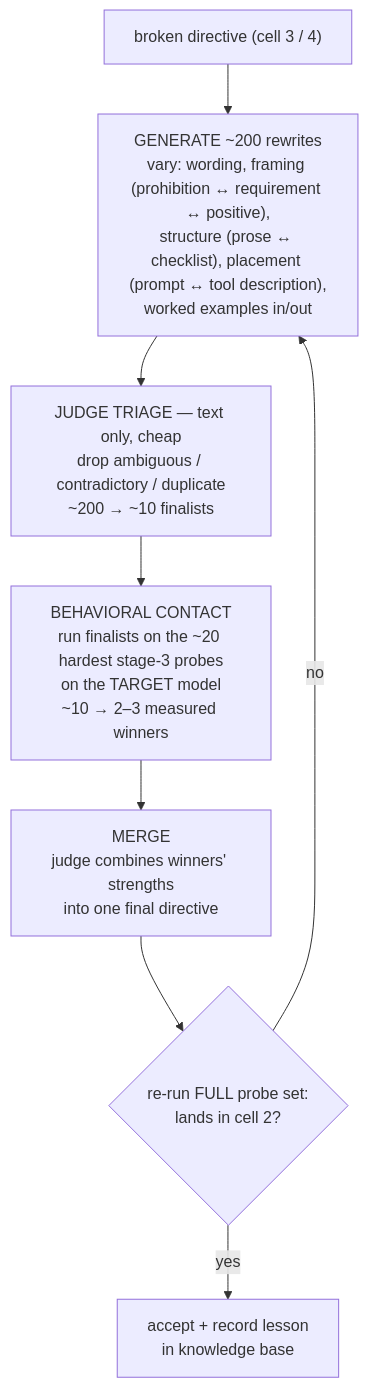
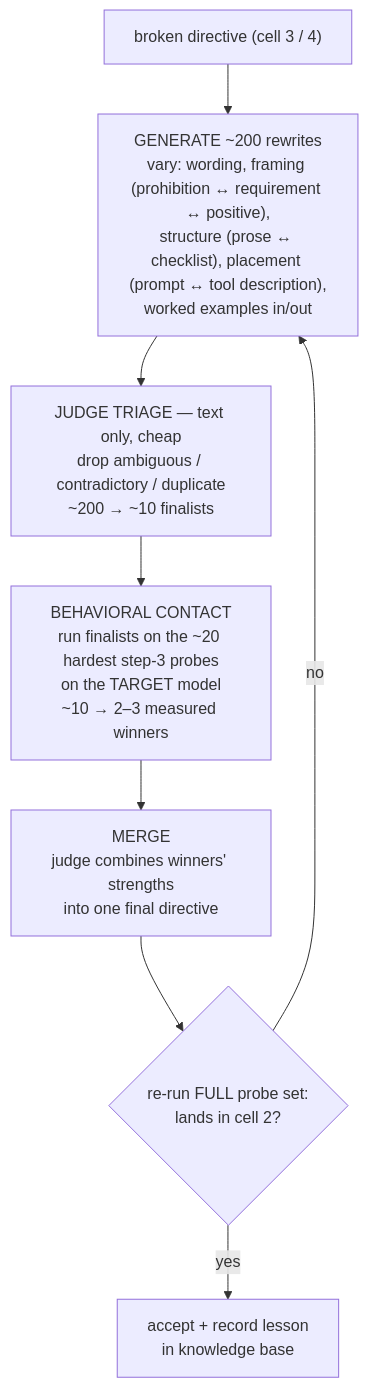
Before and after one commit to internet-zero/hypergeometric-ai: the seventh of 9 diagrams in DESIGN.md, drawn with Mermaid. The commit also changed other lines of this file, not shown here.

````diff
--- a/DESIGN.md
+++ b/DESIGN.md
@@ -292,10 +291,10 @@
 ```mermaid
 flowchart TD
     B["broken directive (cell 3 / 4)"] --> G["GENERATE ~200 rewrites<br/>vary: wording, framing (prohibition ↔ requirement ↔ positive),<br/>structure (prose ↔ checklist), placement (prompt ↔ tool description),<br/>worked examples in/out"]
     G --> J["JUDGE TRIAGE — text only, cheap<br/>drop ambiguous / contradictory / duplicate<br/>~200 → ~10 finalists"]
-    J --> X["BEHAVIORAL CONTACT<br/>run finalists on the ~20 hardest stage-3 probes<br/>on the TARGET model<br/>~10 → 2–3 measured winners"]
+    J --> X["BEHAVIORAL CONTACT<br/>run finalists on the ~20 hardest step-3 probes<br/>on the TARGET model<br/>~10 → 2–3 measured winners"]
     X --> M["MERGE<br/>judge combines winners' strengths<br/>into one final directive"]
     M --> V{"re-run FULL probe set:<br/>lands in cell 2?"}
     V -- yes --> OK["accept + record lesson<br/>in knowledge base"]
     V -- no --> G
 ```
````
